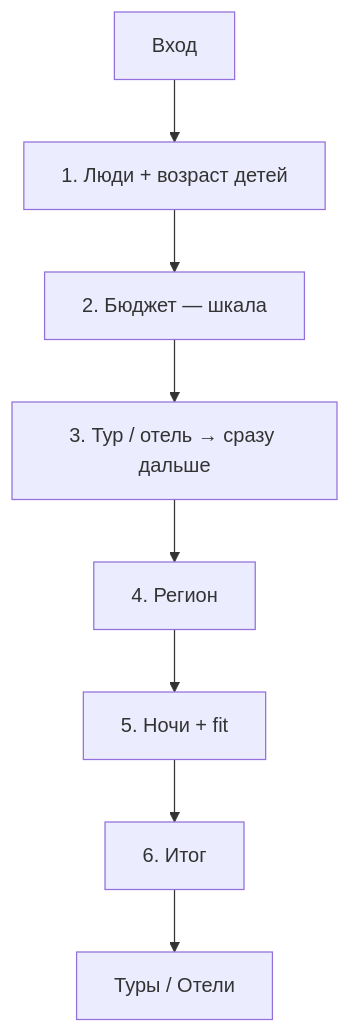
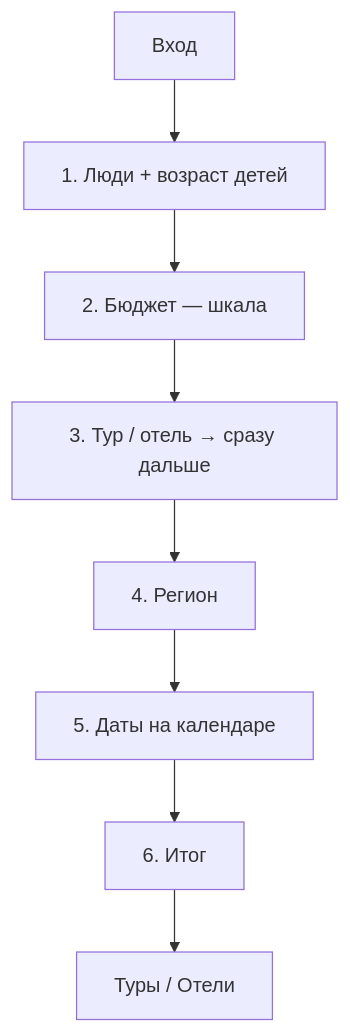
One commit to esakovdv-ui/travel-app changed the diagram in docs/podbor-wizard-landing.md. Above: the diagram before and after it, drawn with Mermaid. The commit also changed other lines of this file and 1 other file, not shown here.

````diff
--- a/docs/podbor-wizard-landing.md
+++ b/docs/podbor-wizard-landing.md
@@ -33,10 +33,10 @@
 ```mermaid
 flowchart TD
   entry[Вход] --> people[1. Люди + возраст детей]
   people --> budget[2. Бюджет — шкала]
   budget --> format[3. Тур / отель → сразу дальше]
   format --> region[4. Регион]
-  region --> nights[5. Ночи + fit]
-  nights --> summary[6. Итог]
+  region --> dates[5. Даты на календаре]
+  dates --> summary[6. Итог]
   summary --> handoff[Туры / Отели]
 ```
````
